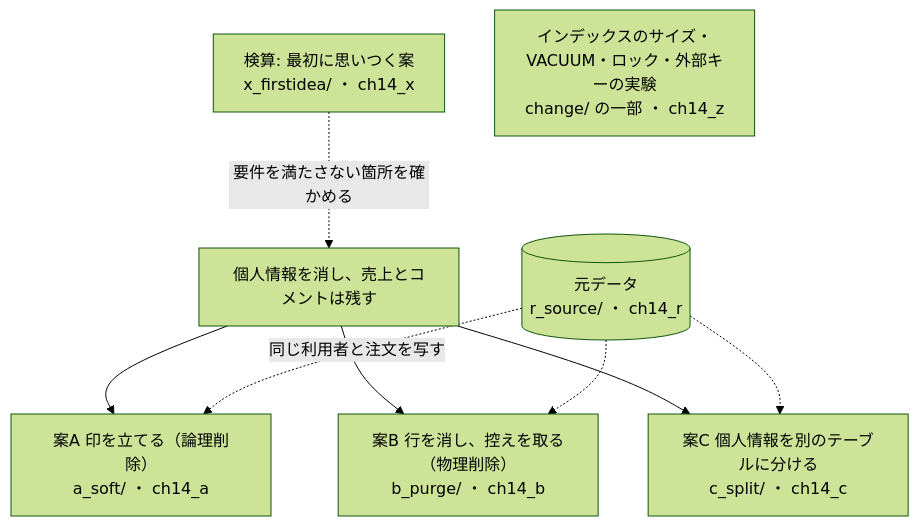
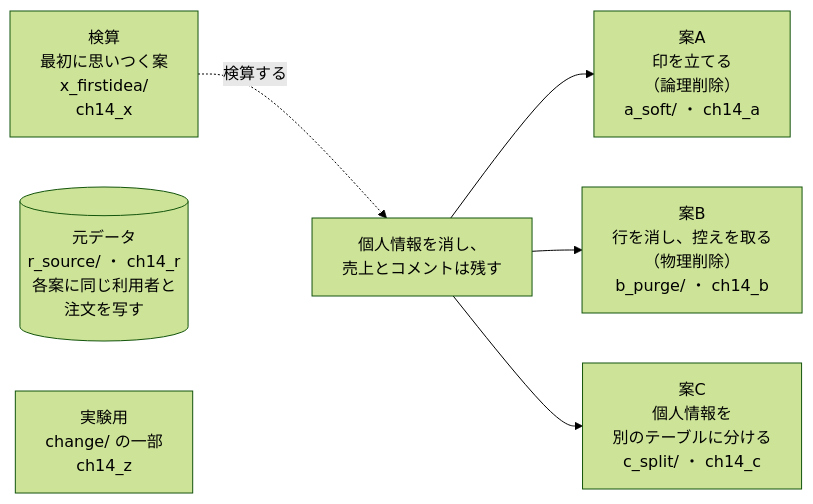
The first of 6 diagrams in ch14_account_deletion/README.md (driftnode986/postgresql-db-design-samples), drawn with Mermaid (forest theme) before and after one commit. The commit also changed other lines of this file and 15 other files, not shown here.

First line of the commit message:
docs: 設計案の構成図を縦並びにし、幅の広い ER 図を分けて、GitHub で縮まない大きさにする

````diff
--- a/ch14_account_deletion/README.md
+++ b/ch14_account_deletion/README.md
@@ -16,13 +16,11 @@
 ```mermaid
-flowchart TD
-  Q["個人情報を消し、売上とコメントは残す"]
-  R[("元データ<br/>r_source/ ・ ch14_r")]
-  Q --> A["案A 印を立てる（論理削除）<br/>a_soft/ ・ ch14_a"]
-  Q --> B["案B 行を消し、控えを取る（物理削除）<br/>b_purge/ ・ ch14_b"]
-  Q --> C["案C 個人情報を別のテーブルに分ける<br/>c_split/ ・ ch14_c"]
-  X["検算: 最初に思いつく案<br/>x_firstidea/ ・ ch14_x"] -.->|要件を満たさない箇所を確かめる| Q
-  Z["インデックスのサイズ・VACUUM・ロック・外部キーの実験<br/>change/ の一部 ・ ch14_z"]
-  R -.->|同じ利用者と注文を写す| A
-  R -.-> B
-  R -.-> C
+flowchart LR
+  X["検算<br/>最初に思いつく案<br/>x_firstidea/<br/>ch14_x"] -.->|検算する| Q
+  Q["個人情報を消し、<br/>売上とコメントは残す"]
+  R[("元データ<br/>r_source/ ・ ch14_r<br/>各案に同じ利用者と<br/>注文を写す")]
+  Q --> A["案A<br/>印を立てる<br/>（論理削除）<br/>a_soft/ ・ ch14_a"]
+  Q --> B["案B<br/>行を消し、控えを取る<br/>（物理削除）<br/>b_purge/ ・ ch14_b"]
+  Q --> C["案C<br/>個人情報を<br/>別のテーブルに分ける<br/>c_split/ ・ ch14_c"]
+  Z["実験用<br/>change/ の一部<br/>ch14_z"]
+  R ~~~ Q
 ```
````
